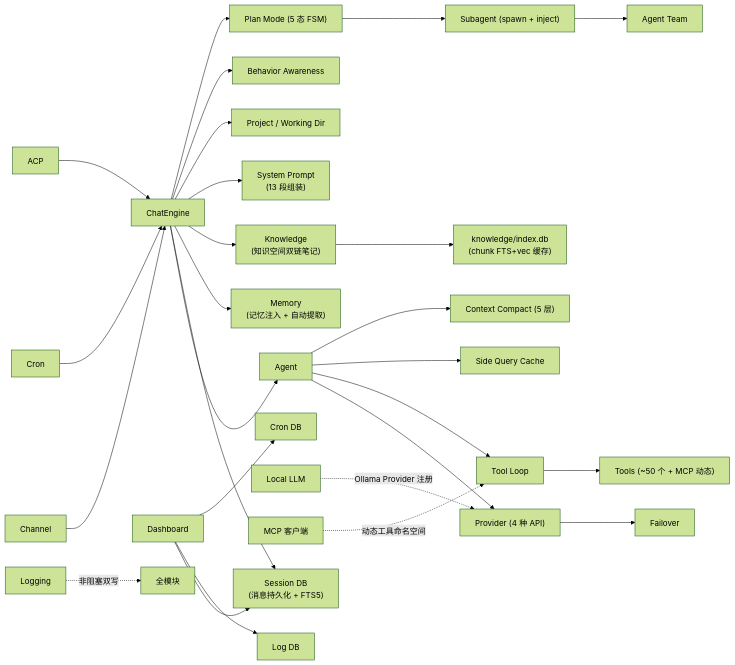
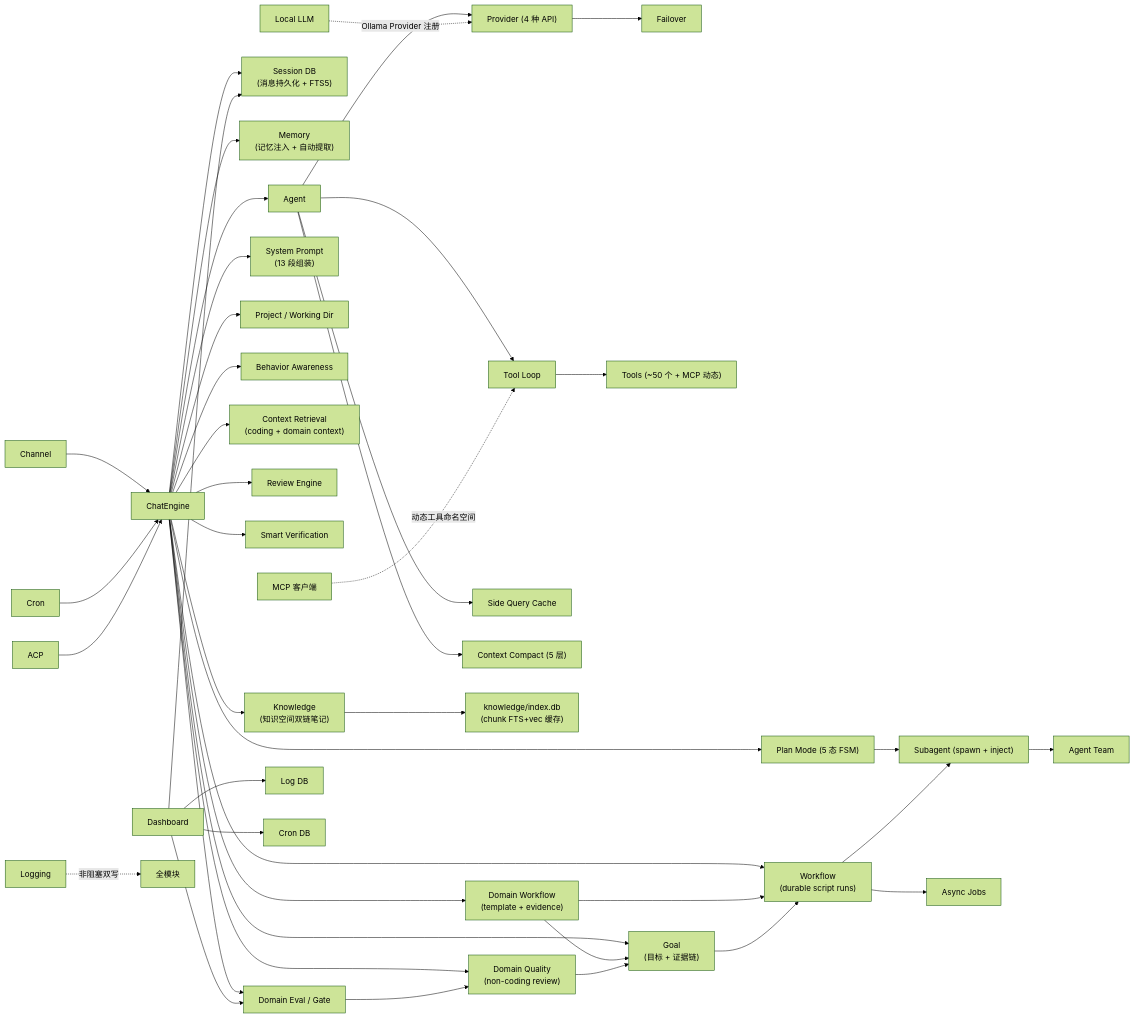
The fourth of 4 diagrams in docs/architecture/overview.md (shiwenwen/hope-agent), drawn with Mermaid (forest theme) before and after one commit. The commit also changed other lines of this file and 357 other files, not shown here.

````diff
--- a/docs/architecture/overview.md
+++ b/docs/architecture/overview.md
@@ -133,32 +143,48 @@
 ```mermaid
 graph LR
     ChatEngine["ChatEngine"] --> Agent["Agent"]
     Agent --> Provider["Provider (4 种 API)"]
     Provider --> Failover["Failover"]
     Agent --> ToolLoop["Tool Loop"]
     ToolLoop --> Tools["Tools (~50 个 + MCP 动态)"]
     Agent --> SideQuery["Side Query Cache"]
     Agent --> ContextCompact["Context Compact (5 层)"]
 
     ChatEngine --> SessionDB["Session DB<br/>(消息持久化 + FTS5)"]
     ChatEngine --> Memory["Memory<br/>(记忆注入 + 自动提取)"]
     ChatEngine --> Knowledge["Knowledge<br/>(知识空间双链笔记)"]
     Knowledge --> KbIndex["knowledge/index.db<br/>(chunk FTS+vec 缓存)"]
     ChatEngine --> SystemPrompt["System Prompt<br/>(13 段组装)"]
     ChatEngine --> ProjectCtx["Project / Working Dir"]
     ChatEngine --> Awareness["Behavior Awareness"]
     ChatEngine --> PlanMode["Plan Mode (5 态 FSM)"]
+    ChatEngine --> Goal["Goal<br/>(目标 + 证据链)"]
+    ChatEngine --> Workflow["Workflow<br/>(durable script runs)"]
+    ChatEngine --> ContextRetrieval["Context Retrieval<br/>(coding + domain context)"]
+    ChatEngine --> Review["Review Engine"]
+    ChatEngine --> Verification["Smart Verification"]
+    ChatEngine --> DomainWorkflow["Domain Workflow<br/>(template + evidence)"]
+    ChatEngine --> DomainQuality["Domain Quality<br/>(non-coding review)"]
+    ChatEngine --> DomainEval["Domain Eval / Gate"]
+    DomainWorkflow --> Goal
+    DomainWorkflow --> Workflow
+    DomainQuality --> Goal
+    DomainEval --> DomainQuality
     PlanMode --> Subagent["Subagent (spawn + inject)"]
+    Goal --> Workflow
+    Workflow --> Subagent
+    Workflow --> AsyncJobs["Async Jobs"]
     Subagent --> Team["Agent Team"]
 
     Channel["Channel"] --> ChatEngine
     Cron["Cron"] --> ChatEngine
     ACP["ACP"] --> ChatEngine
     LocalLLM["Local LLM"] -.->|"Ollama Provider 注册"| Provider
     MCP["MCP 客户端"] -.->|"动态工具命名空间"| ToolLoop
     Dashboard["Dashboard"] --> SessionDB
     Dashboard --> LogDB["Log DB"]
     Dashboard --> CronDB["Cron DB"]
+    Dashboard --> DomainEval
     Logging["Logging"] -.->|"非阻塞双写"| AllModules["全模块"]
 
 ```
````
